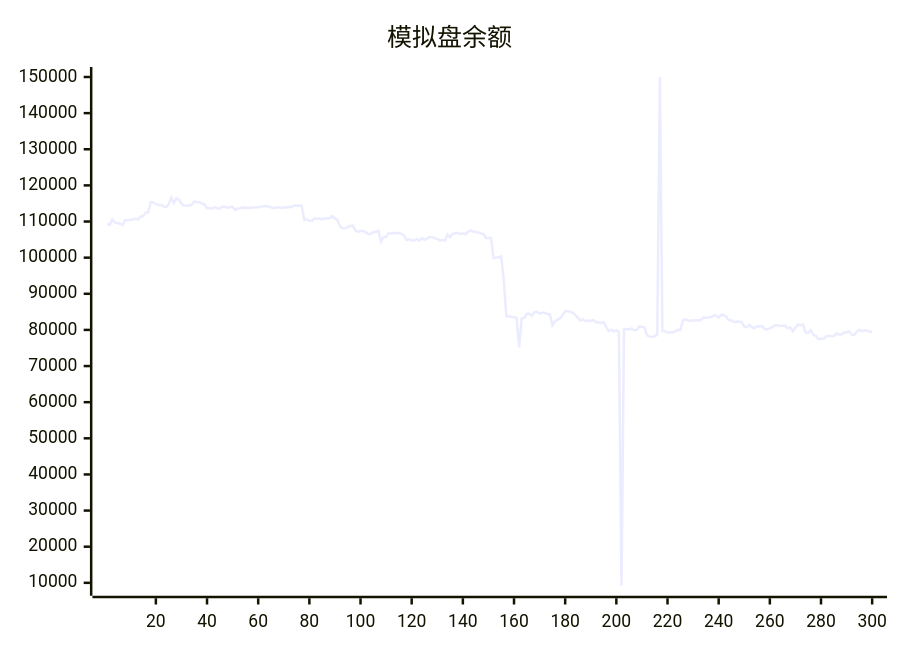
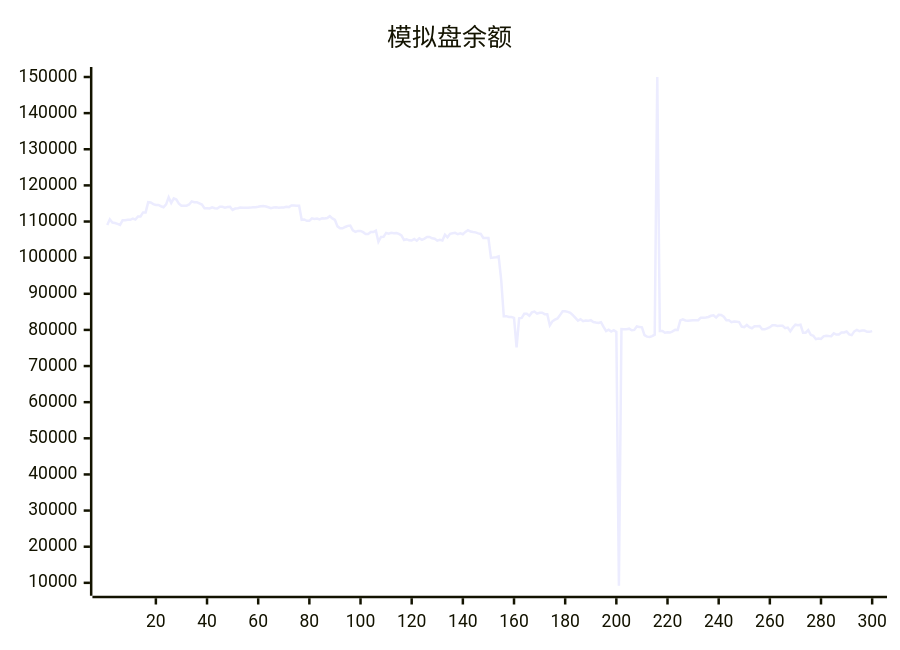
Before and after one commit to aahl/ai-trading: the diagram in README.md, drawn with Mermaid. The commit also changed other lines of this file and 1 other file, not shown here.

````diff
--- a/README.md
+++ b/README.md
@@ -5,5 +5,5 @@
 ```mermaid
 xychart
     title "模拟盘余额"
-    line [109343,109053,110606,109702,109584,109337,109071,110342,110342,110488,110488,110814,110531,111421,111421,112518,112522,115341,115266,114830,114584,114588,114231,113973,114726,116697,115160,116423,116083,114950,114365,114365,114388,114730,115582,115358,115358,115032,114686,113688,113688,113610,113930,113672,113585,114083,114074,113840,113996,114051,113208,113593,113701,113901,113794,113784,113810,113848,113927,113929,114064,114232,114293,114144,113960,113698,113853,113942,113812,113908,113877,114091,113998,114427,114422,114384,114384,110477,110576,110198,110198,110890,110712,110812,110569,110929,110847,110968,111478,110870,110433,108661,108116,108115,108485,108797,108877,107536,107134,107393,107393,107046,106565,106565,107081,107081,107478,104404,105715,105749,106866,106651,106889,106771,106816,106565,106141,104876,105103,104796,104734,105169,104690,105380,104941,105272,105709,105739,105374,105227,104691,104924,104762,106364,105628,106608,106748,106872,106485,106721,106468,107132,107620,107224,107080,107001,106717,106567,105431,105431,105440,99950,100017,100113,100337,93749,83795,83807,83567,83567,83342,75168,83222,83336,84448,84449,83896,84839,85065,84499,84757,84757,84364,84347,81254,82385,82835,83184,84099,85150,85150,85002,84751,84096,83356,82582,82983,82404,82572,82512,82688,82200,82047,81920,82125,80840,79688,80060,79552,79920,79470,9193,80236,80208,80170,80336,79894,80006,80954,80837,80712,78561,78139,78037,78293,78682,150000,79720,79720,79214,79372,79279,79591,80046,79993,82625,82950,82626,82571,82633,82670,82670,82681,83386,83378,83464,83579,83920,84037,83402,84160,84142,83652,82655,82655,82145,82315,82243,82163,80934,80770,81371,80742,80468,80989,80989,81067,80191,80155,80450,80737,81309,81309,81106,81119,81119,80471,80631,79624,80670,81448,81290,81429,79212,79222,79940,78643,78380,77432,77623,77504,78235,78358,78284,78277,79048,78714,78714,79290,79308,79567,78763,78563,79603,79988,79652,79813,79813,79476,79469]
+    line [109053,110606,109702,109584,109337,109071,110342,110342,110488,110488,110814,110531,111421,111421,112518,112522,115341,115266,114830,114584,114588,114231,113973,114726,116697,115160,116423,116083,114950,114365,114365,114388,114730,115582,115358,115358,115032,114686,113688,113688,113610,113930,113672,113585,114083,114074,113840,113996,114051,113208,113593,113701,113901,113794,113784,113810,113848,113927,113929,114064,114232,114293,114144,113960,113698,113853,113942,113812,113908,113877,114091,113998,114427,114422,114384,114384,110477,110576,110198,110198,110890,110712,110812,110569,110929,110847,110968,111478,110870,110433,108661,108116,108115,108485,108797,108877,107536,107134,107393,107393,107046,106565,106565,107081,107081,107478,104404,105715,105749,106866,106651,106889,106771,106816,106565,106141,104876,105103,104796,104734,105169,104690,105380,104941,105272,105709,105739,105374,105227,104691,104924,104762,106364,105628,106608,106748,106872,106485,106721,106468,107132,107620,107224,107080,107001,106717,106567,105431,105431,105440,99950,100017,100113,100337,93749,83795,83807,83567,83567,83342,75168,83222,83336,84448,84449,83896,84839,85065,84499,84757,84757,84364,84347,81254,82385,82835,83184,84099,85150,85150,85002,84751,84096,83356,82582,82983,82404,82572,82512,82688,82200,82047,81920,82125,80840,79688,80060,79552,79920,79470,9193,80236,80208,80170,80336,79894,80006,80954,80837,80712,78561,78139,78037,78293,78682,150000,79720,79720,79214,79372,79279,79591,80046,79993,82625,82950,82626,82571,82633,82670,82670,82681,83386,83378,83464,83579,83920,84037,83402,84160,84142,83652,82655,82655,82145,82315,82243,82163,80934,80770,81371,80742,80468,80989,80989,81067,80191,80155,80450,80737,81309,81309,81106,81119,81119,80471,80631,79624,80670,81448,81290,81429,79212,79222,79940,78643,78380,77432,77623,77504,78235,78358,78284,78277,79048,78714,78714,79290,79308,79567,78763,78563,79603,79988,79652,79813,79813,79476,79469,79673]
 ```
````
